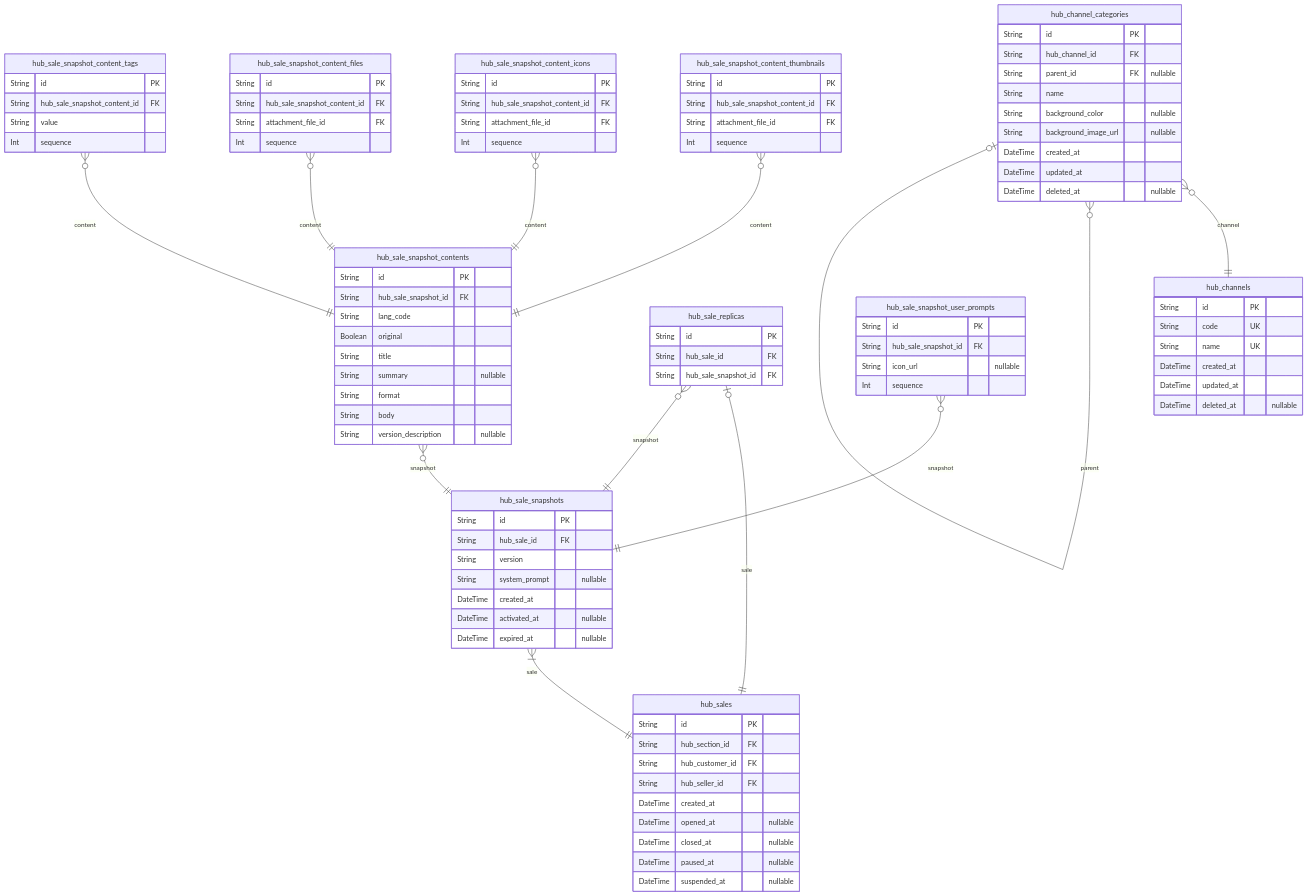
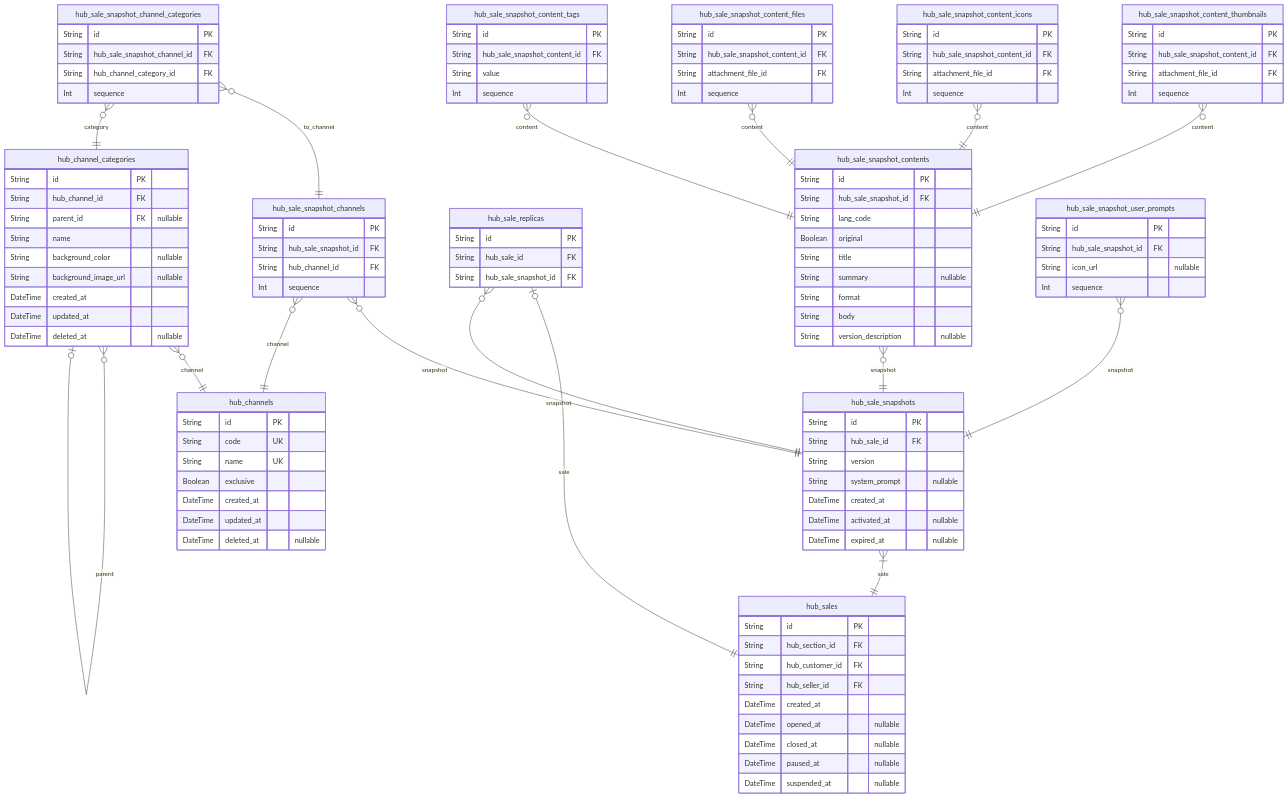
One commit to wrtnlabs/backend changed the fifth of 16 diagrams in docs/ERD.md. Above: the diagram before and after it, drawn with Mermaid. The commit also changed other lines of this file and 1 other file, not shown here.

First line of the commit message:
Change sdk readme & erd (#82)

```diff
--- a/docs/ERD.md
+++ b/docs/ERD.md
@@ -1427,6 +1434,18 @@
   String value
   Int sequence
 }
+"hub_sale_snapshot_channels" {
+  String id PK
+  String hub_sale_snapshot_id FK
+  String hub_channel_id FK
+  Int sequence
+}
+"hub_sale_snapshot_channel_categories" {
+  String id PK
+  String hub_sale_snapshot_channel_id FK
+  String hub_channel_category_id FK
+  Int sequence
+}
 "hub_sale_replicas" {
   String id PK
   String hub_sale_id FK
@@ -1436,6 +1455,7 @@
   String id PK
   String code UK
   String name UK
+  Boolean exclusive
   DateTime created_at
   DateTime updated_at
   DateTime deleted_at "nullable"
@@ -1482,6 +1502,10 @@
 "hub_sale_snapshot_content_icons" }o--|| "hub_sale_snapshot_contents" : content
 "hub_sale_snapshot_content_files" }o--|| "hub_sale_snapshot_contents" : content
 "hub_sale_snapshot_content_tags" }o--|| "hub_sale_snapshot_contents" : content
+"hub_sale_snapshot_channels" }o--|| "hub_sale_snapshots" : snapshot
+"hub_sale_snapshot_channels" }o--|| "hub_channels" : channel
+"hub_sale_snapshot_channel_categories" }o--|| "hub_sale_snapshot_channels" : to_channel
+"hub_sale_snapshot_channel_categories" }o--|| "hub_channel_categories" : category
 "hub_sale_replicas" |o--|| "hub_sales" : sale
 "hub_sale_replicas" }o--|| "hub_sale_snapshots" : snapshot
 "hub_channel_categories" }o--|| "hub_channels" : channel
```
